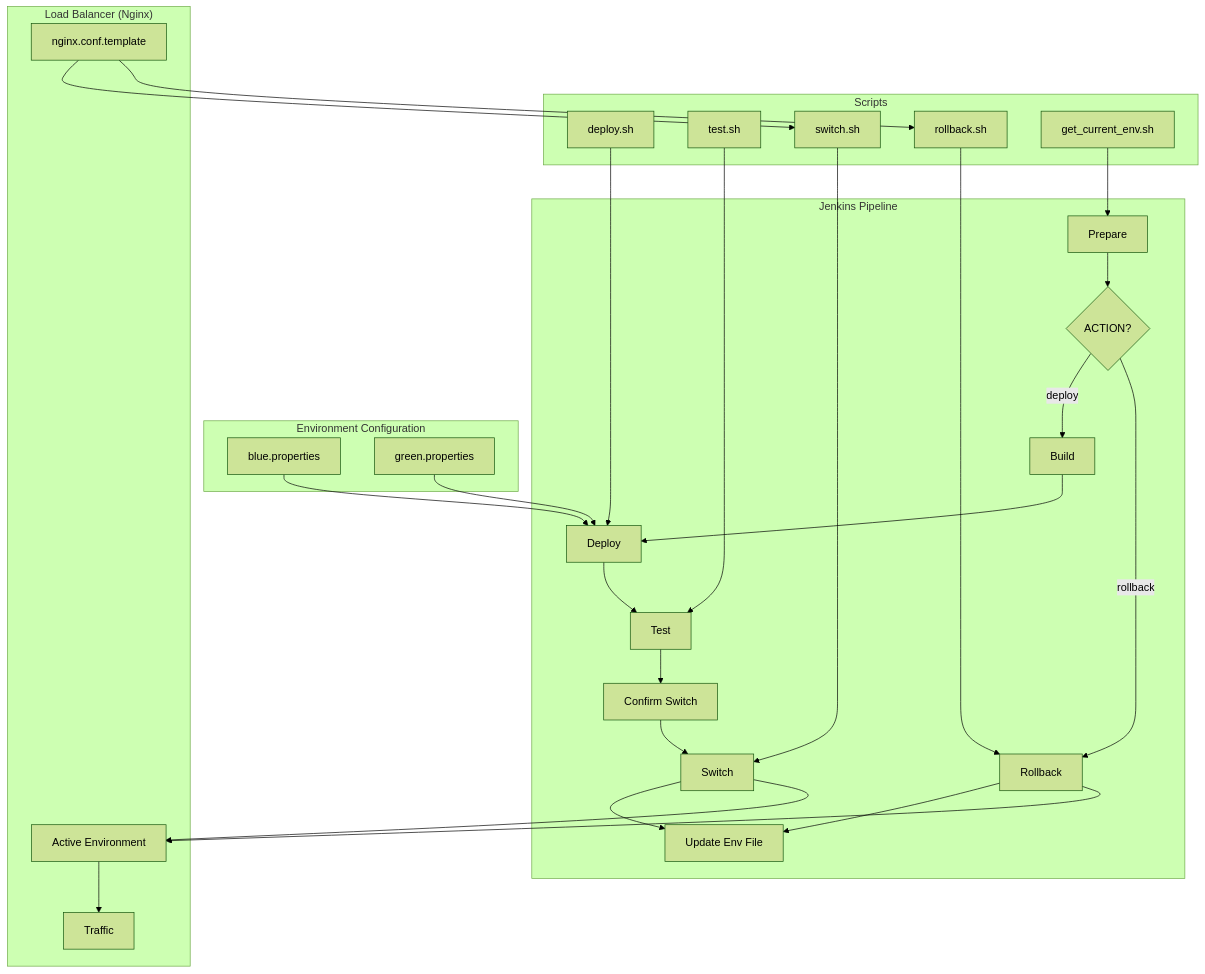
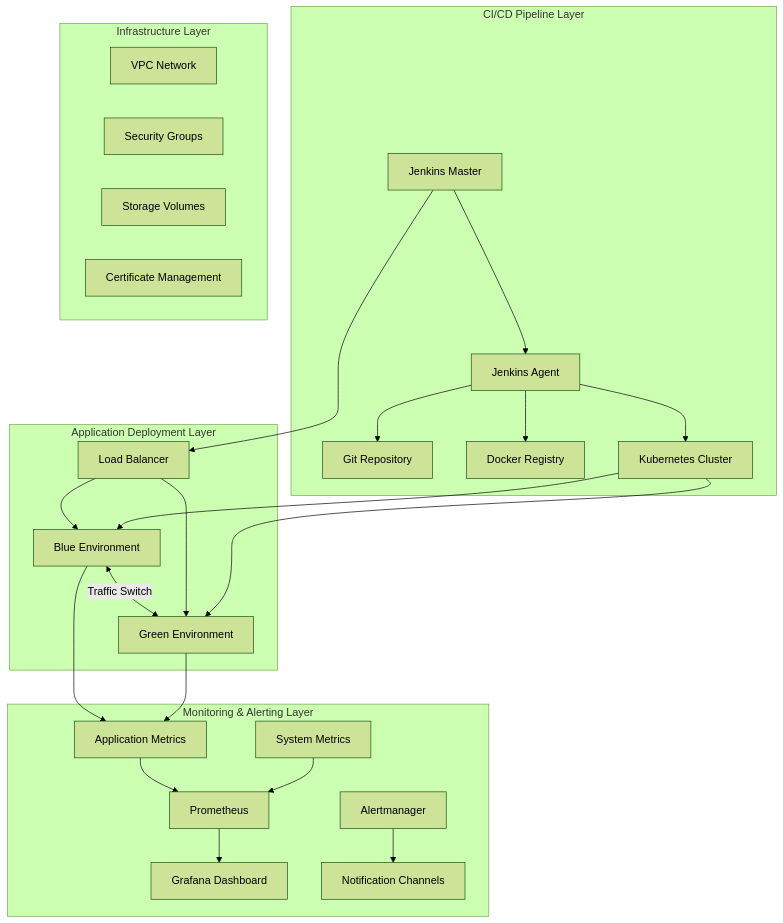
Before and after one commit to PatHoo/HKC: the first of 2 diagrams in tf-jenkins-bluegreen/README_EN.md, drawn with Mermaid (forest theme). The commit also changed other lines of this file and 9 other files, not shown here.

````diff
--- a/tf-jenkins-bluegreen/README_EN.md
+++ b/tf-jenkins-bluegreen/README_EN.md
@@ -7,36 +9,35 @@
 ```mermaid
 flowchart TD
-    subgraph "Jenkins Pipeline"
-        A[Prepare] --> B{ACTION?}
-        B -->|deploy| C[Build]
-        B -->|rollback| H[Rollback]
-        C --> D[Deploy]
-        D --> E[Test]
-        E --> F[Confirm Switch]
-        F --> G[Switch]
-        H --> I[Update Env File]
-        G --> I
+    subgraph "CI/CD Pipeline Layer"
+        A[Jenkins Master] --> B[Jenkins Agent]
+        B --> C[Git Repository]
+        B --> D[Docker Registry]
+        B --> E[Kubernetes Cluster]
     end
-
-    subgraph "Environment Configuration"
-        J[blue.properties] --> D
-        K[green.properties] --> D
+    
+    subgraph "Application Deployment Layer"
+        F[Blue Environment] <-->|Traffic Switch| G[Green Environment]
+        H[Load Balancer] --> F
+        H --> G
     end
-
-    subgraph "Scripts"
-        L[deploy.sh] --> D
-        M[test.sh] --> E
-        N[switch.sh] --> G
-        O[rollback.sh] --> H
-        P[get_current_env.sh] --> A
+    
+    subgraph "Monitoring & Alerting Layer"
+        I[Prometheus] --> J[Grafana Dashboard]
+        K[Alertmanager] --> L[Notification Channels]
+        M[Application Metrics] --> I
+        N[System Metrics] --> I
     end
-
-    subgraph "Load Balancer (Nginx)"
-        Q[nginx.conf.template] --> N
-        Q --> O
-        R["Active Environment"] --> S[Traffic]
+    
+    subgraph "Infrastructure Layer"
+        O[VPC Network]
+        P[Security Groups]
+        Q[Storage Volumes]
+        R[Certificate Management]
     end
-
-    G --> R
-    H --> R
+    
+    A --> H
+    E --> F
+    E --> G
+    F --> M
+    G --> M
 ```
````
